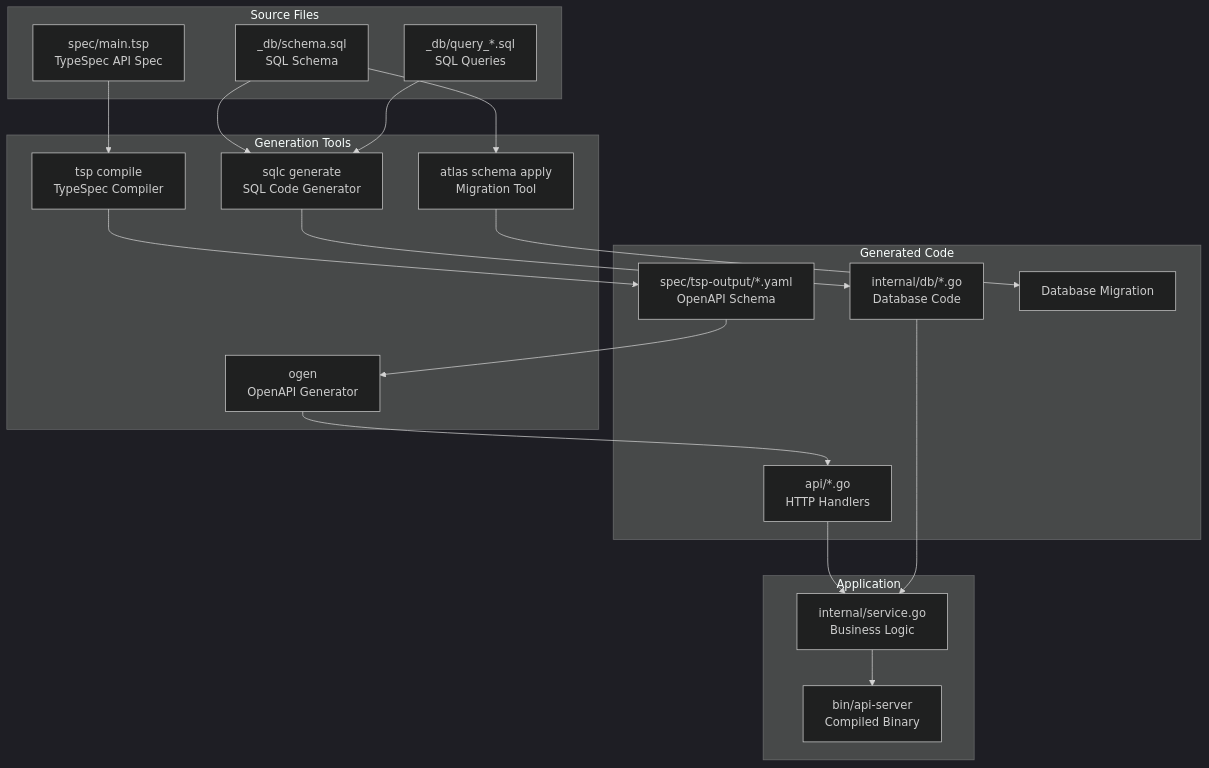
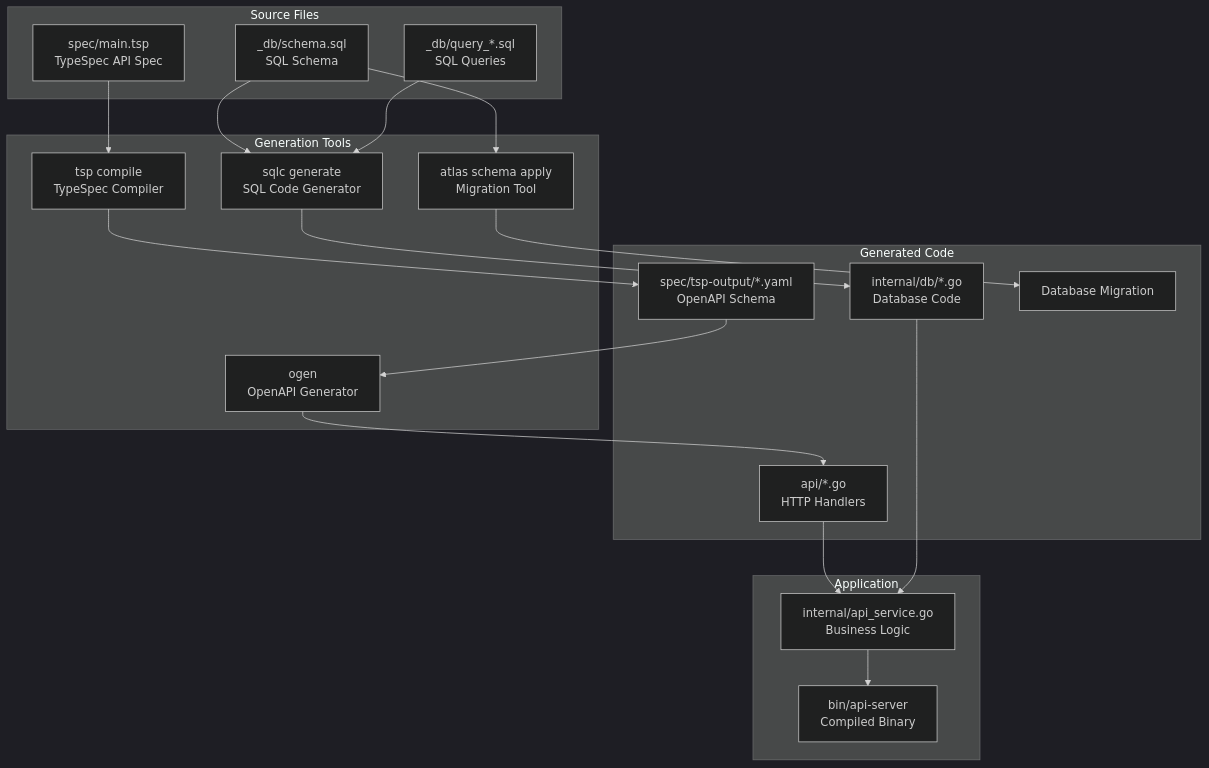
The diagram in docs/design-docs/001-code-generation-pipeline.md (thara/facility_reservation_go), drawn with Mermaid (dark theme) before and after one commit. The commit also changed other lines of this file and 6 other files, not shown here.

````diff
--- a/docs/design-docs/001-code-generation-pipeline.md
+++ b/docs/design-docs/001-code-generation-pipeline.md
@@ -33,42 +33,42 @@
 ```mermaid
 graph TB
     subgraph "Source Files"
         TSP[spec/main.tsp<br/>TypeSpec API Spec]
         SQL[_db/schema.sql<br/>SQL Schema]
         Queries[_db/query_*.sql<br/>SQL Queries]
     end
     
     subgraph "Generation Tools"
         TSPCompile[tsp compile<br/>TypeSpec Compiler]
         Ogen[ogen<br/>OpenAPI Generator]
         SQLCGen[sqlc generate<br/>SQL Code Generator]
         Atlas[atlas schema apply<br/>Migration Tool]
     end
     
     subgraph "Generated Code"
         OpenAPI[spec/tsp-output/*.yaml<br/>OpenAPI Schema]
         APICode[api/*.go<br/>HTTP Handlers]
         DBCode[internal/db/*.go<br/>Database Code]
         Migration[Database Migration]
     end
     
     subgraph "Application"
-        Service[internal/service.go<br/>Business Logic]
+        Service[internal/api_service.go<br/>Business Logic]
         Binary[bin/api-server<br/>Compiled Binary]
     end
     
     TSP --> TSPCompile
     TSPCompile --> OpenAPI
     OpenAPI --> Ogen
     Ogen --> APICode
     
     SQL --> SQLCGen
     SQL --> Atlas
     Queries --> SQLCGen
     SQLCGen --> DBCode
     Atlas --> Migration
     
     APICode --> Service
     DBCode --> Service
     Service --> Binary
 ```
````
